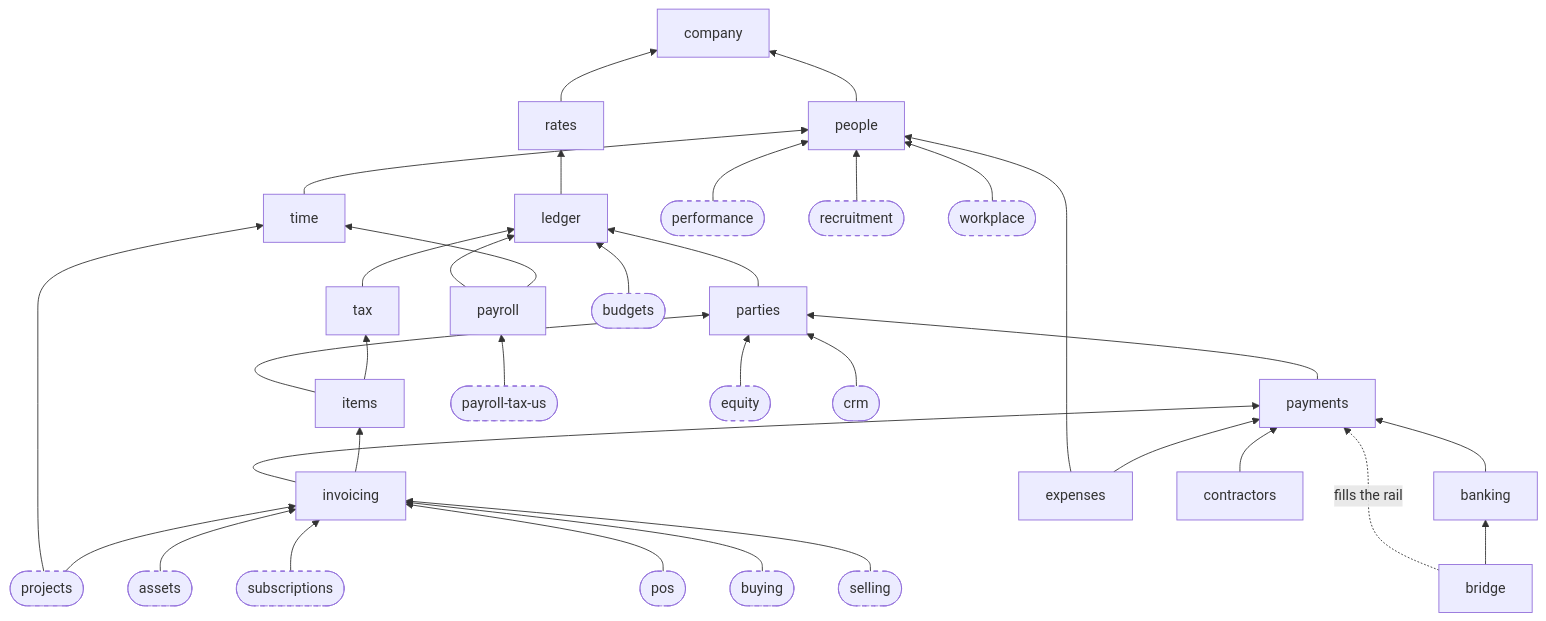
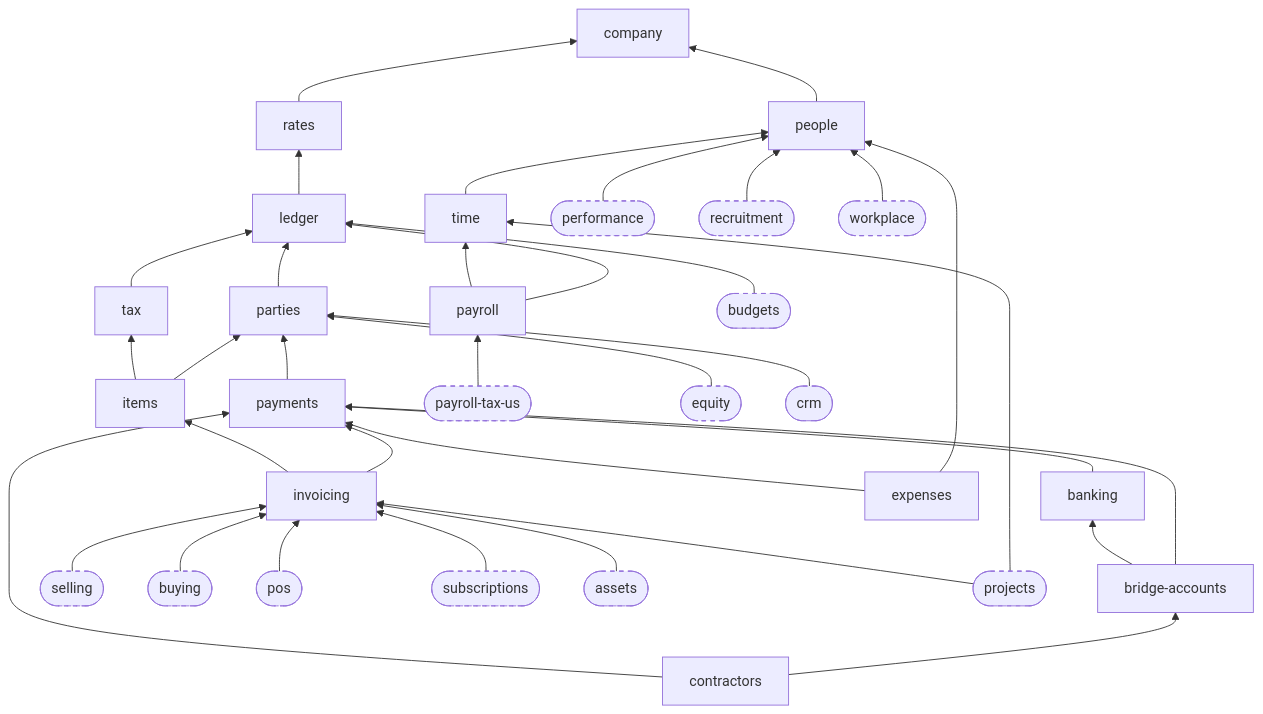
One commit to Open-Harness/architect changed the diagram in design/decisions/CX-composable-pieces.md. Above: the diagram before and after it, drawn with Mermaid. The commit also changed other lines of this file and 2 other files, not shown here.

````diff
--- a/design/decisions/CX-composable-pieces.md
+++ b/design/decisions/CX-composable-pieces.md
@@ -267,39 +275,40 @@
 ```mermaid
 flowchart BT
   company[company]
   rates[rates] --> company
   ledger[ledger] --> rates
   parties[parties] --> ledger
   tax[tax] --> ledger
   items[items] --> tax
   items --> parties
   payments[payments] --> parties
   invoicing[invoicing] --> items
   invoicing --> payments
   banking[banking] --> payments
-  bridge[bridge] --> banking
-  bridge -. fills the rail .-> payments
+  bridgeacc[bridge-accounts] --> banking
+  bridgeacc --> payments
   people[people] --> company
   time[time] --> people
   expenses[expenses] --> payments
   contractors[contractors] --> payments
+  contractors --> bridgeacc
   expenses --> people
   payroll[payroll] --> time
   payroll --> ledger
   taxus([payroll-tax-us]) --> payroll
   selling([selling]) --> invoicing
   buying([buying]) --> invoicing
   pos([pos]) --> invoicing
   subscriptions([subscriptions]) --> invoicing
   assets([assets]) --> invoicing
   budgets([budgets]) --> ledger
   equity([equity]) --> parties
   projects([projects]) --> invoicing
   projects --> time
   performance([performance]) --> people
   recruitment([recruitment]) --> people
   workplace([workplace]) --> people
   crm([crm]) --> parties
   classDef opt stroke-dasharray: 5 5
   class taxus,selling,buying,pos,subscriptions,assets,budgets,equity,projects,performance,recruitment,workplace,crm opt
 ```
````
